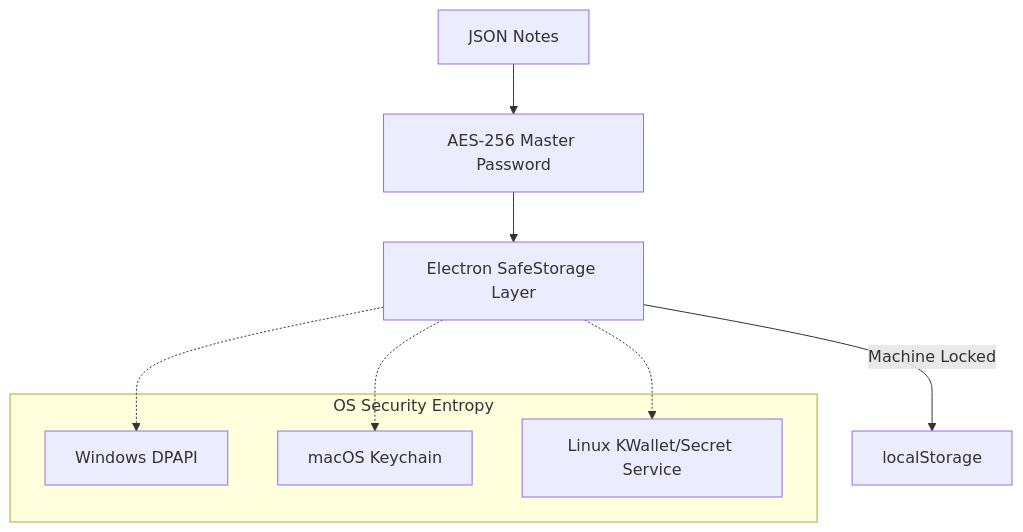
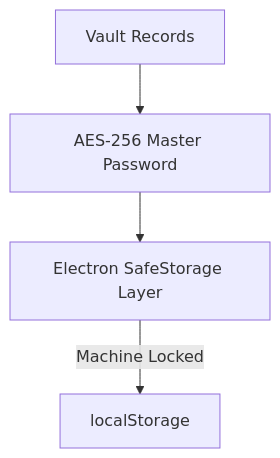
Before and after one commit to Kryklin/darkstar: the second of 2 diagrams in DARKSTAR_ARCHITECTURE.md, drawn with Mermaid. The commit also changed other lines of this file and 3 other files, not shown here.

Commit message:
docs: update architecture documentation to reflect D-KASP-512 specifications and ML-KEM-1024 integration.

````diff
--- a/DARKSTAR_ARCHITECTURE.md
+++ b/DARKSTAR_ARCHITECTURE.md
@@ -145,16 +72,6 @@
 ```mermaid
 graph TD
-    Data[JSON Notes] --> AES[AES-256 Master Password]
+    Data[Vault Records] --> AES[AES-256 Master Password]
     AES --> Safe[Electron SafeStorage Layer]
     Safe -->|Machine Locked| File[localStorage]
-
-    subgraph "OS Security Entropy"
-        DPAPI[Windows DPAPI]
-        KC[macOS Keychain]
-        KWallet[Linux KWallet/Secret Service]
-    end
-
-    Safe -.-> DPAPI
-    Safe -.-> KC
-    Safe -.-> KWallet
 ```
````
